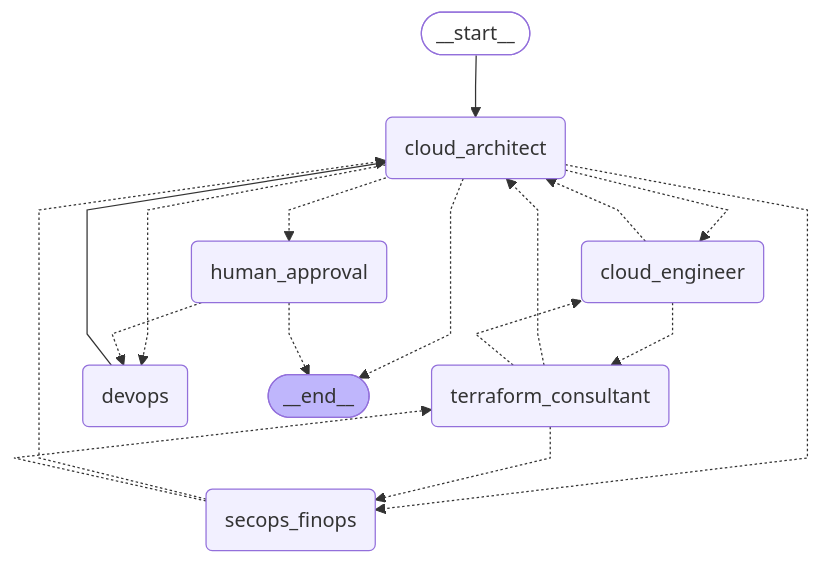
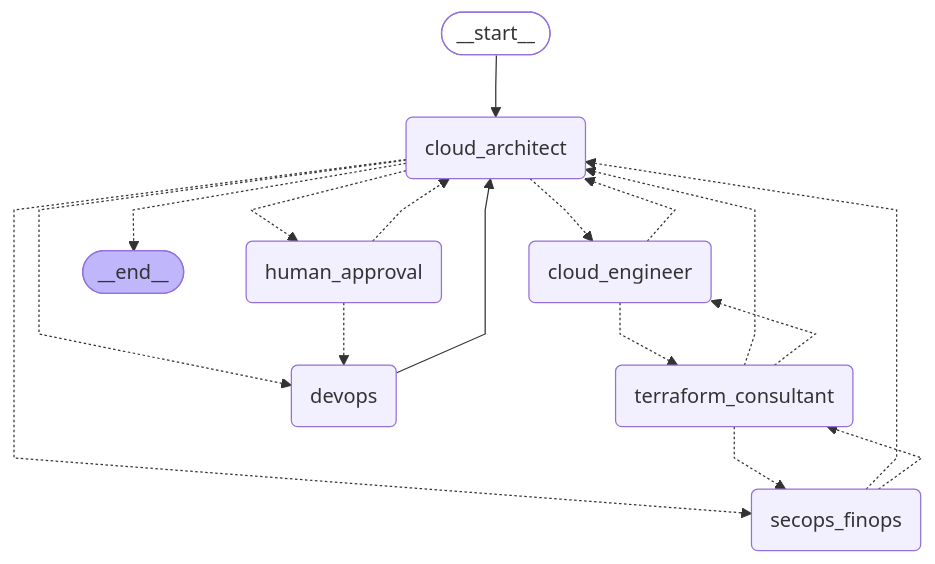
The diagram in workflow_diagram.mmd (mscherenberg-prodyna/iac-agents), drawn with Mermaid before and after one commit. The commit also changed 10 other files, not shown here.

```diff
--- a/workflow_diagram.mmd
+++ b/workflow_diagram.mmd
@@ -1,33 +1,33 @@
 ---
 config:
   flowchart:
     curve: linear
 ---
 graph TD;
 	__start__([<p>__start__</p>]):::first
 	cloud_architect(cloud_architect)
 	cloud_engineer(cloud_engineer)
 	terraform_consultant(terraform_consultant)
 	secops_finops(secops_finops)
 	devops(devops)
 	human_approval(human_approval)
 	__end__([<p>__end__</p>]):::last
 	__start__ --> cloud_architect;
 	cloud_architect -.-> __end__;
 	cloud_architect -.-> cloud_engineer;
 	cloud_architect -.-> devops;
 	cloud_architect -.-> human_approval;
 	cloud_architect -.-> secops_finops;
 	cloud_engineer -.-> cloud_architect;
 	cloud_engineer -.-> terraform_consultant;
 	devops --> cloud_architect;
-	human_approval -.-> __end__;
+	human_approval -.-> cloud_architect;
 	human_approval -.-> devops;
 	secops_finops -.-> cloud_architect;
 	secops_finops -.-> terraform_consultant;
 	terraform_consultant -.-> cloud_architect;
 	terraform_consultant -.-> cloud_engineer;
 	terraform_consultant -.-> secops_finops;
 	classDef default fill:#f2f0ff,line-height:1.2
 	classDef first fill-opacity:0
 	classDef last fill:#bfb6fc
```
